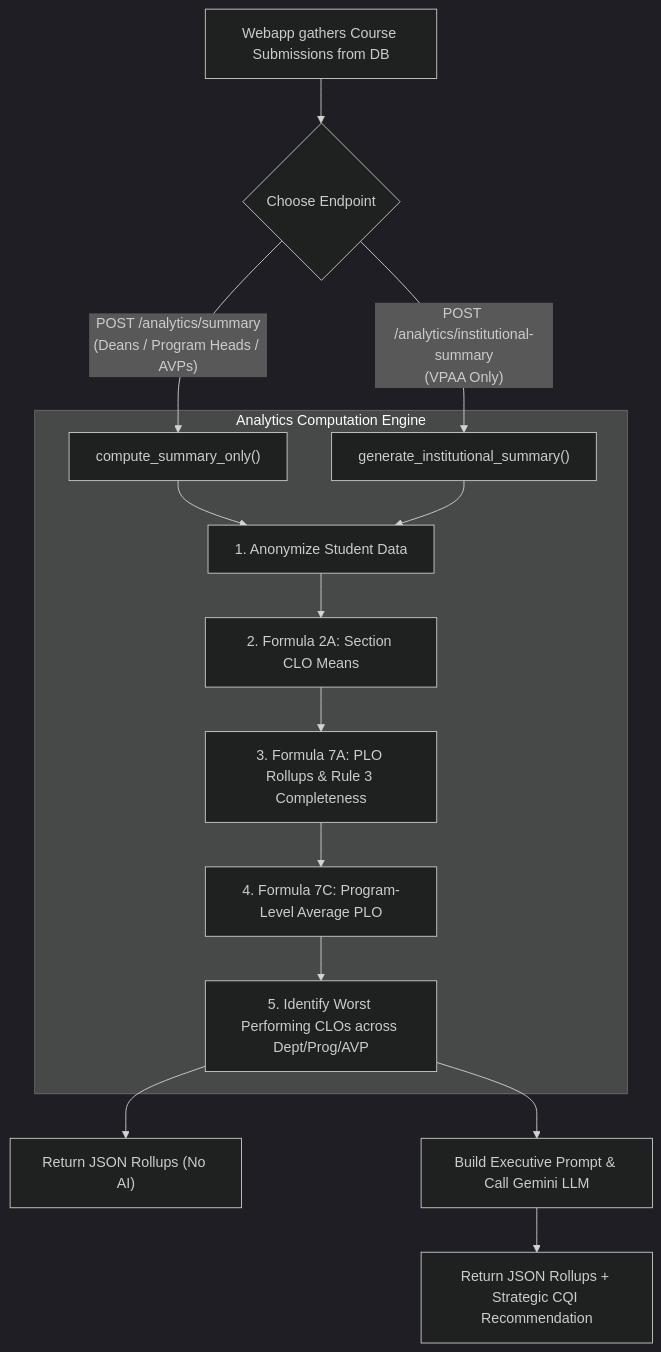
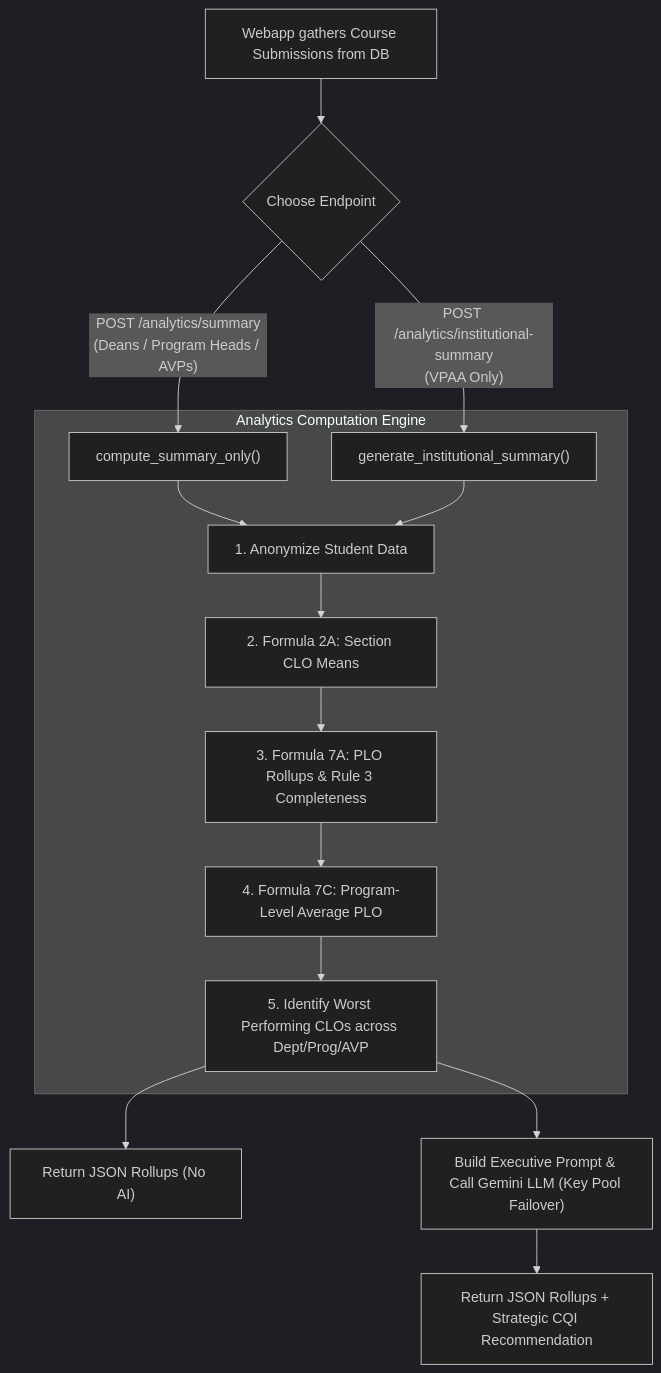
One commit to Zerodayu/Obelisk changed the second of 2 diagrams in apps/python-server/documentations/SYSTEM_PROCESS_EXPLAINED.md. Above: the diagram before and after it, drawn with Mermaid (dark theme). The commit also changed other lines of this file and 9 other files, not shown here.

First line of the commit message:
feat(analytics): add multi-key failover pool for LLM API and update docs

````diff
--- a/apps/python-server/documentations/SYSTEM_PROCESS_EXPLAINED.md
+++ b/apps/python-server/documentations/SYSTEM_PROCESS_EXPLAINED.md
@@ -189,20 +193,20 @@
 ```mermaid
 flowchart TD
     A["Webapp gathers Course Submissions from DB"] --> B{"Choose Endpoint"}
     
     B -->|"POST /analytics/summary\n(Deans / Program Heads / AVPs)"| C["compute_summary_only()"]
     B -->|"POST /analytics/institutional-summary\n(VPAA Only)"| D["generate_institutional_summary()"]
     
     subgraph Analytics Computation Engine
         C --> E["1. Anonymize Student Data"]
         D --> E
         E --> F["2. Formula 2A: Section CLO Means"]
         F --> G["3. Formula 7A: PLO Rollups & Rule 3 Completeness"]
         G --> H["4. Formula 7C: Program-Level Average PLO"]
         H --> I["5. Identify Worst Performing CLOs across Dept/Prog/AVP"]
     end
     
     I --> J["Return JSON Rollups (No AI)"]
-    I --> K["Build Executive Prompt & Call Gemini LLM"]
+    I --> K["Build Executive Prompt & Call Gemini LLM (Key Pool Failover)"]
     K --> L["Return JSON Rollups + Strategic CQI Recommendation"]
 ```
````
